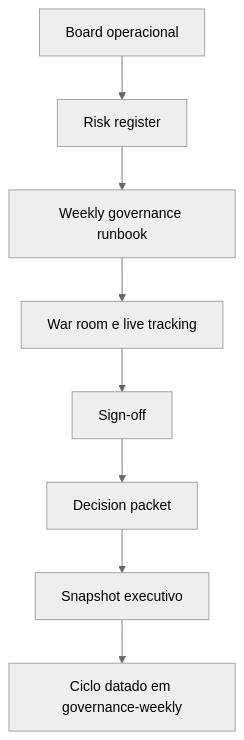
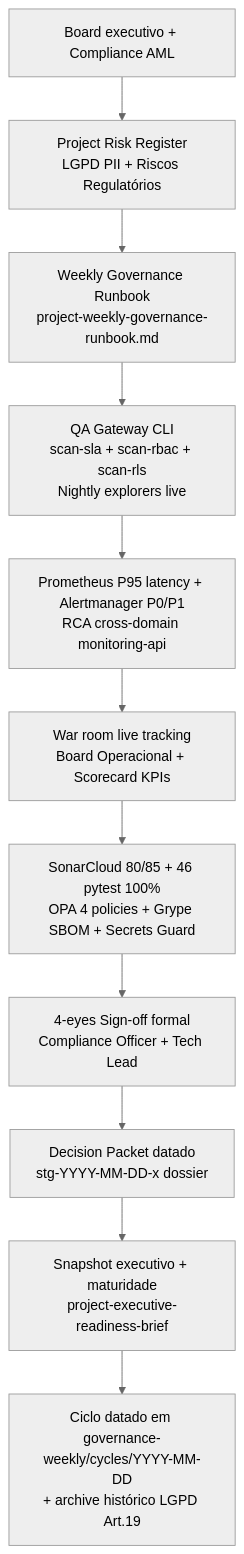
Before and after one commit to Jistriane/Ontrackchain: the eighth of 12 diagrams in README.md, drawn with Mermaid (neutral theme). The commit also changed other lines of this file and 4 other files, not shown here.

````diff
--- a/README.md
+++ b/README.md
@@ -260,10 +373,13 @@
 ```mermaid
 flowchart TD
-    A[Board operacional] --> B[Risk register]
-    B --> C[Weekly governance runbook]
-    C --> D[War room e live tracking]
-    D --> E[Sign-off]
-    E --> F[Decision packet]
-    F --> G[Snapshot executivo]
-    G --> H[Ciclo datado em governance-weekly]
+    A[Board executivo + Compliance AML] --> B[Project Risk Register\nLGPD PII + Riscos Regulatórios]
+    B --> C[Weekly Governance Runbook\nproject-weekly-governance-runbook.md]
+    C --> D[QA Gateway CLI\nscan-sla + scan-rbac + scan-rls\nNightly explorers live]
+    D --> E[Prometheus P95 latency + Alertmanager P0/P1\nRCA cross-domain monitoring-api]
+    E --> F[War room live tracking\nBoard Operacional + Scorecard KPIs]
+    F --> G[SonarCloud 80/85 + 46 pytest 100%\nOPA 4 policies + Grype SBOM + Secrets Guard]
+    G --> H[4-eyes Sign-off formal\nCompliance Officer + Tech Lead]
+    H --> I[Decision Packet datado\nstg-YYYY-MM-DD-x dossier]
+    I --> J[Snapshot executivo + maturidade\nproject-executive-readiness-brief]
+    J --> K[Ciclo datado em governance-weekly/cycles/YYYY-MM-DD\n+ archive histórico LGPD Art.19]
 ```
````
